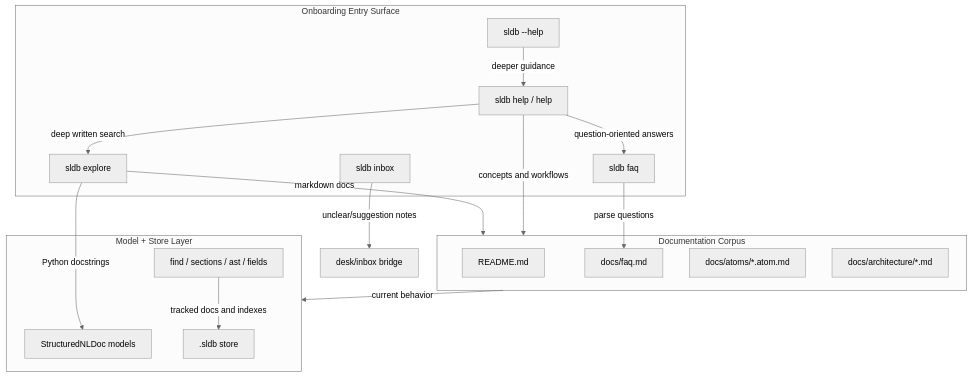
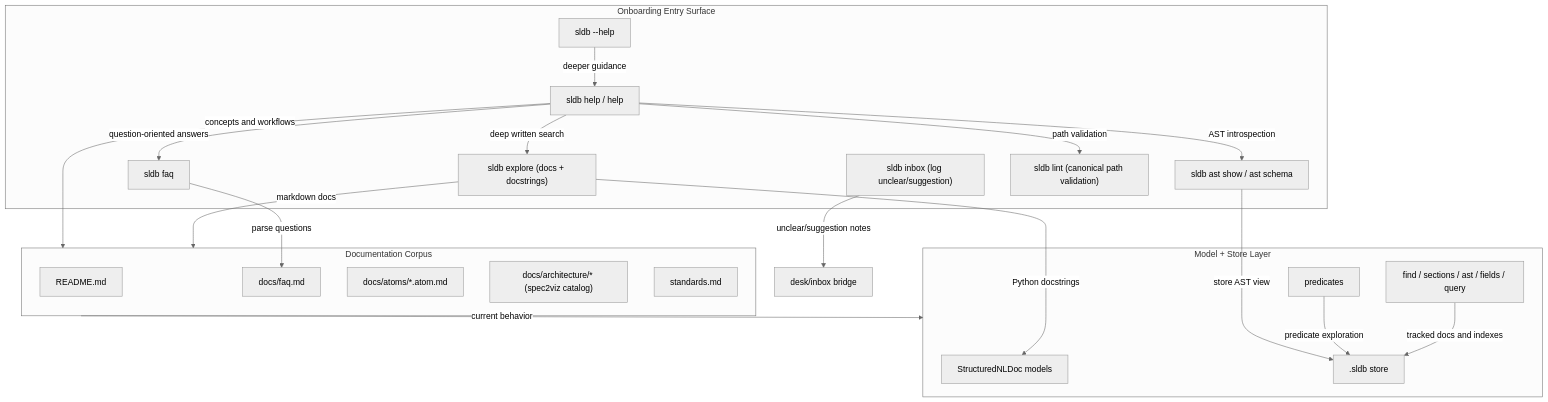
The diagram in docs/architecture/spec2viz/rendered/current-onboarding-surface.mmd (jpcosec/kimun), drawn with Mermaid (neutral theme) before and after one commit. The commit also changed 20 other files, not shown here.

```diff
--- a/docs/architecture/spec2viz/rendered/current-onboarding-surface.mmd
+++ b/docs/architecture/spec2viz/rendered/current-onboarding-surface.mmd
@@ -1,30 +1,38 @@
 graph TD
     subgraph OnboardingEntry ["Onboarding Entry Surface"]
         PortadaHelp["sldb --help"]
         CuratedHelp["sldb help / help <topic>"]
         FAQSurface["sldb faq"]
-        ExploreSurface["sldb explore"]
-        InboxSurface["sldb inbox"]
+        ExploreSurface["sldb explore (docs + docstrings)"]
+        InboxSurface["sldb inbox (log unclear/suggestion)"]
+        ASTSurface["sldb ast show / ast schema"]
+        LintSurface["sldb lint (canonical path validation)"]
     end
     subgraph DocumentationCorpus ["Documentation Corpus"]
         ReadmeDoc["README.md"]
         FAQDoc["docs/faq.md"]
         AtomDocs["docs/atoms/*.atom.md"]
-        ArchitectureDocs["docs/architecture/*.md"]
+        ArchitectureDocs["docs/architecture/* (spec2viz catalog)"]
+        StandardsDoc["standards.md"]
     end
     subgraph ModelAndStoreLayer ["Model + Store Layer"]
         StructuredModels["StructuredNLDoc models"]
         LocalStore[".sldb store"]
-        QuerySurfaces["find / sections / ast / fields"]
+        QuerySurfaces["find / sections / ast / fields / query"]
+        PredicateSurface["predicates"]
     end
     DeskBridge["desk/inbox bridge"]
     PortadaHelp -->|deeper guidance| CuratedHelp
     CuratedHelp -->|question-oriented answers| FAQSurface
     CuratedHelp -->|deep written search| ExploreSurface
+    CuratedHelp -->|AST introspection| ASTSurface
+    CuratedHelp -->|path validation| LintSurface
     FAQSurface -->|parse questions| FAQDoc
     ExploreSurface -->|markdown docs| DocumentationCorpus
     ExploreSurface -->|Python docstrings| StructuredModels
     CuratedHelp -->|concepts and workflows| DocumentationCorpus
     DocumentationCorpus -->|current behavior| ModelAndStoreLayer
     QuerySurfaces -->|tracked docs and indexes| LocalStore
+    PredicateSurface -->|predicate exploration| LocalStore
+    ASTSurface -->|store AST view| LocalStore
     InboxSurface -->|unclear/suggestion notes| DeskBridge
```
